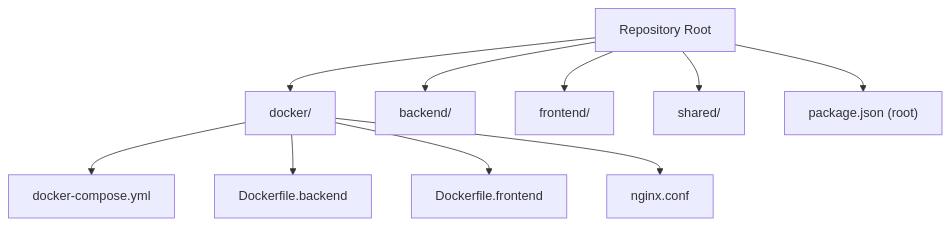
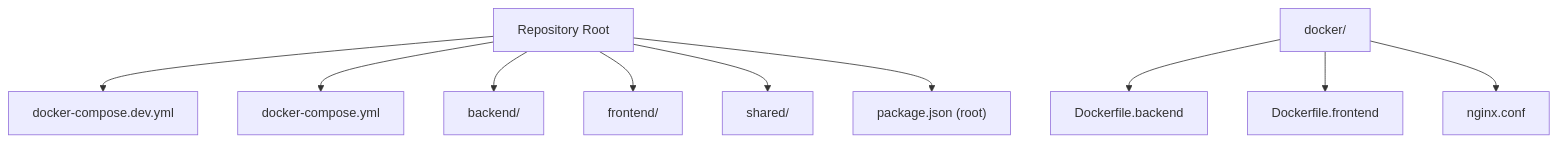
One commit to franckylab/eLISAschool changed the first of 5 diagrams in .qoder/repowiki/en/content/Deployment & Docker Configuration.md. Above: the diagram before and after it, drawn with Mermaid. The commit also changed other lines of this file and 126 other files, not shown here.

````diff
--- a/.qoder/repowiki/en/content/Deployment & Docker Configuration.md
+++ b/.qoder/repowiki/en/content/Deployment & Docker Configuration.md
@@ -35,22 +45,23 @@
 ```mermaid
 graph TB
 Root["Repository Root"]
+DevCompose["docker-compose.dev.yml"]
+ProdCompose["docker-compose.yml"]
 Docker["docker/"]
-Compose["docker-compose.yml"]
 BDF["Dockerfile.backend"]
 FDF["Dockerfile.frontend"]
 NConf["nginx.conf"]
 Backend["backend/"]
 Frontend["frontend/"]
 Shared["shared/"]
 PkgRoot["package.json (root)"]
-Root --> Docker
-Docker --> Compose
-Docker --> BDF
-Docker --> FDF
-Docker --> NConf
+Root --> DevCompose
+Root --> ProdCompose
 Root --> Backend
 Root --> Frontend
 Root --> Shared
 Root --> PkgRoot
+Docker --> BDF
+Docker --> FDF
+Docker --> NConf
 ```
````
